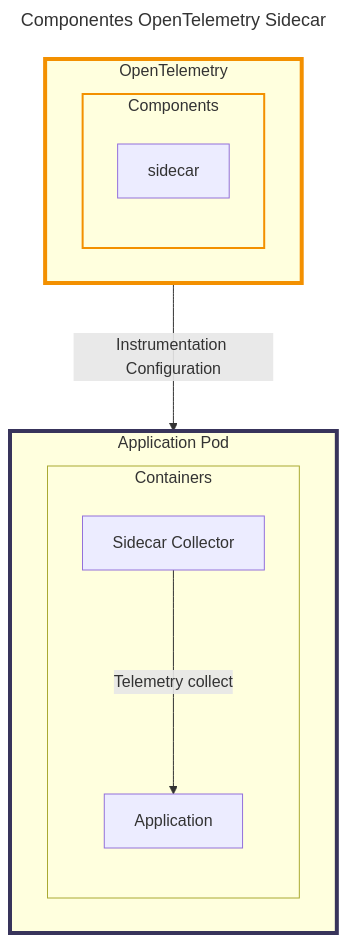
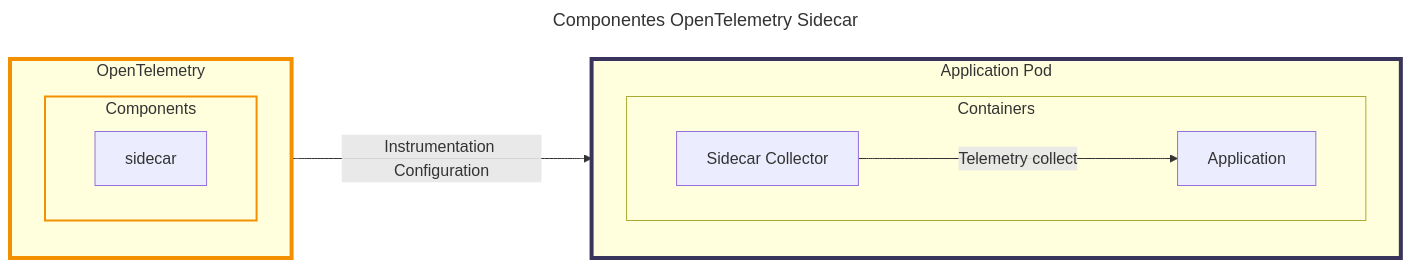
The third of 4 diagrams in README.md (EzzioMoreira/observability-platform), drawn with Mermaid before and after one commit. The commit also changed other lines of this file, not shown here.

````diff
--- a/README.md
+++ b/README.md
@@ -118,27 +118,27 @@
 ```mermaid
 ---
 title: Componentes OpenTelemetry Sidecar
 ---
 
-graph
+graph LR
 
 subgraph openTelemetry["OpenTelemetry"]
   style openTelemetry stroke:#f39000,stroke-width:4px;
   subgraph components["Components"]
     style components stroke:#f39000,stroke-width:2px;
     sidecar["sidecar"]
   end
 end
 
 subgraph application["Application Pod"]
   style application stroke:#38345b,stroke-width:4px;
   subgraph container["Containers"]
     app-sidecar["Sidecar Collector"]
     app["Application"]
   end
   
 end
 
 openTelemetry --->|Instrumentation Configuration| application
 app-sidecar --->|"Telemetry collect"| app
 ```
````
